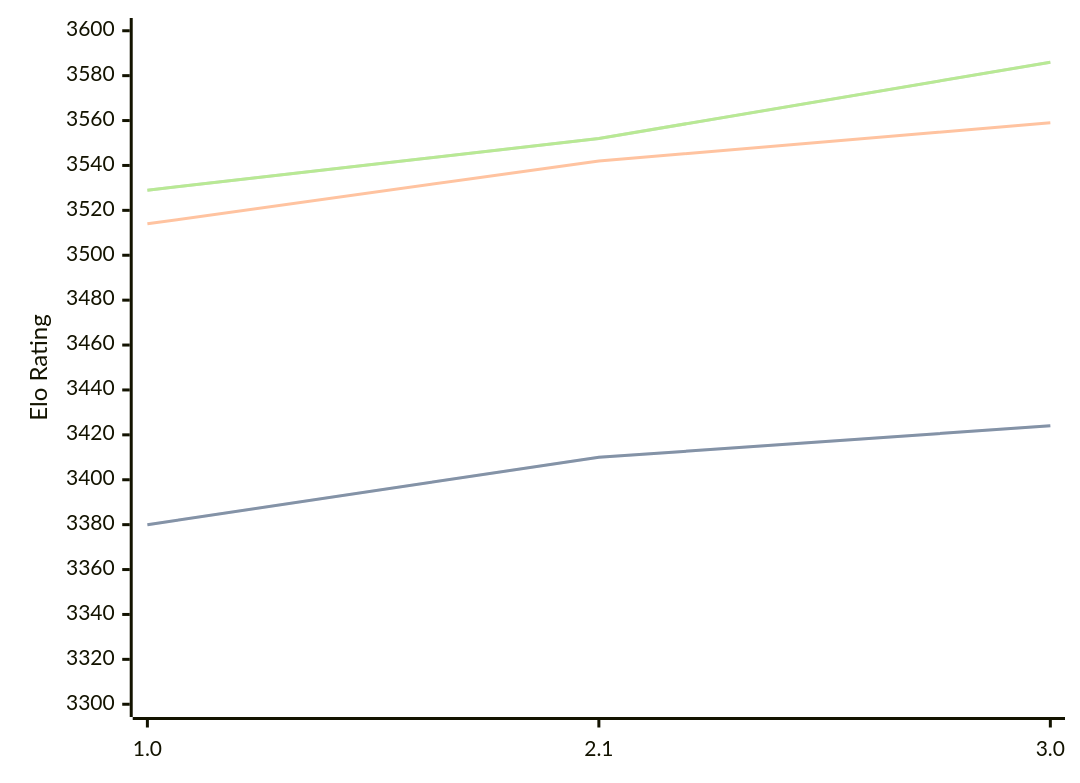
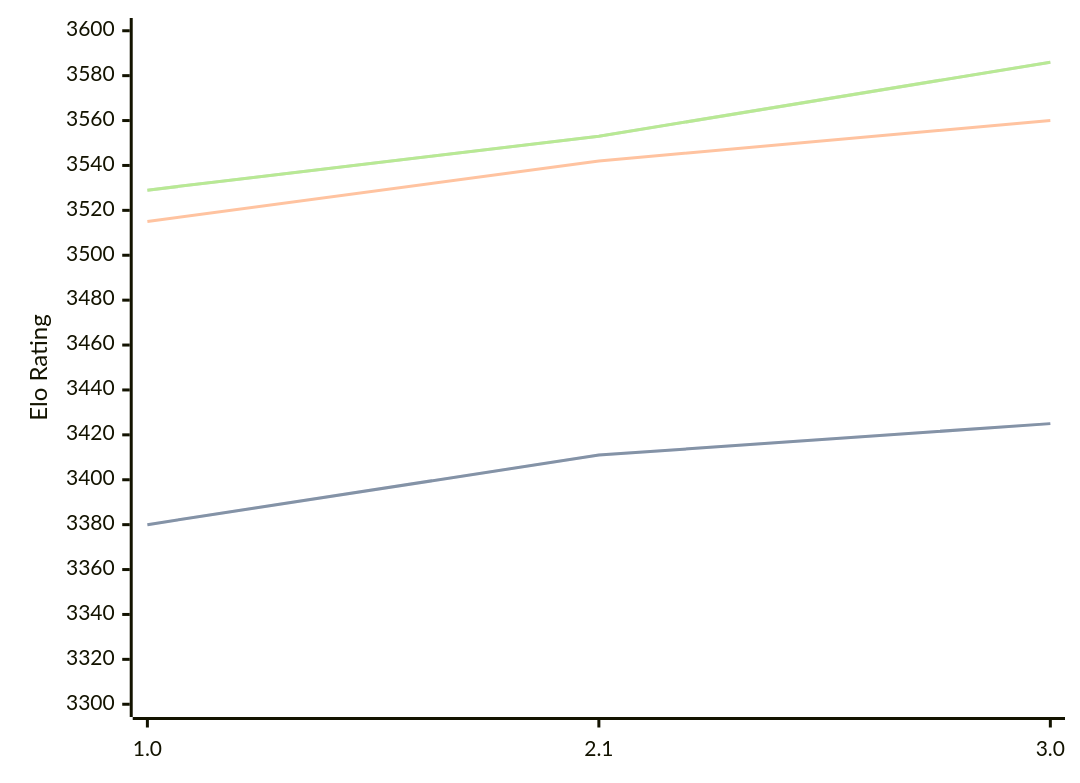
Before and after one commit to computer-chess-index/cci: the diagram in engines/Hobbes.md, drawn with Mermaid. The commit also changed other lines of this file, not shown here.

Commit message:
Update CCI Ratings (ELO VLTC) - 2026-10-02

````diff
--- a/engines/Hobbes.md
+++ b/engines/Hobbes.md
@@ -33,11 +33,11 @@
 ```mermaid
 %%{init: {"theme":"base","themeVariables":{"seriesColors:['#a3a3a3','#222221','#faa371']}}}%%
 xychart-beta
   x-axis ["1.0", "2.1", "3.0"]
   y-axis "Elo Rating" 3300 --> 3600
-  line "" [3380, 3410, 3424]
-  line "STC (8.0+0.08s)" [3380, 3410, 3424]
-  line "LTC (60.0+0.60s)" [3514, 3542, 3559]
-  line "" [3529, 3552, 3586]
-  line "VLTC (2m24s+1.12s)" [3529, 3552, 3586]
+  line "" [3380, 3411, 3425]
+  line "STC (8.0+0.08s)" [3380, 3411, 3425]
+  line "LTC (60.0+0.60s)" [3515, 3542, 3560]
+  line "" [3529, 3553, 3586]
+  line "VLTC (2m24s+1.12s)" [3529, 3553, 3586]
 ```
````
